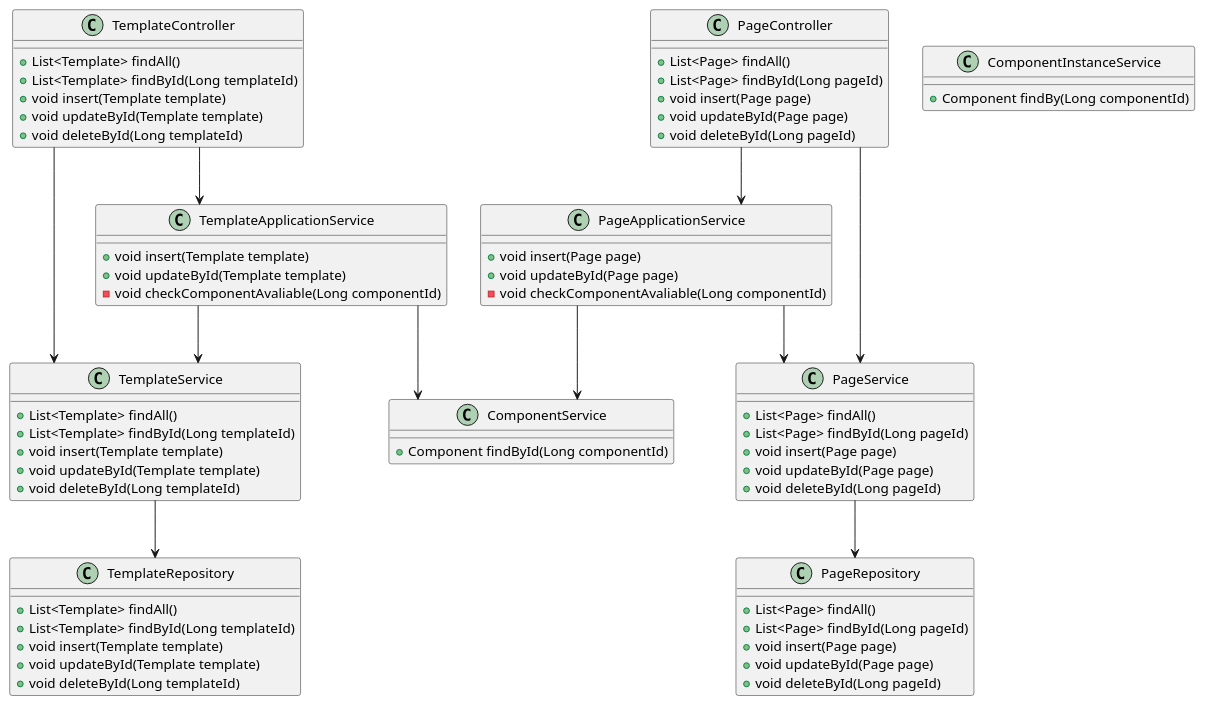
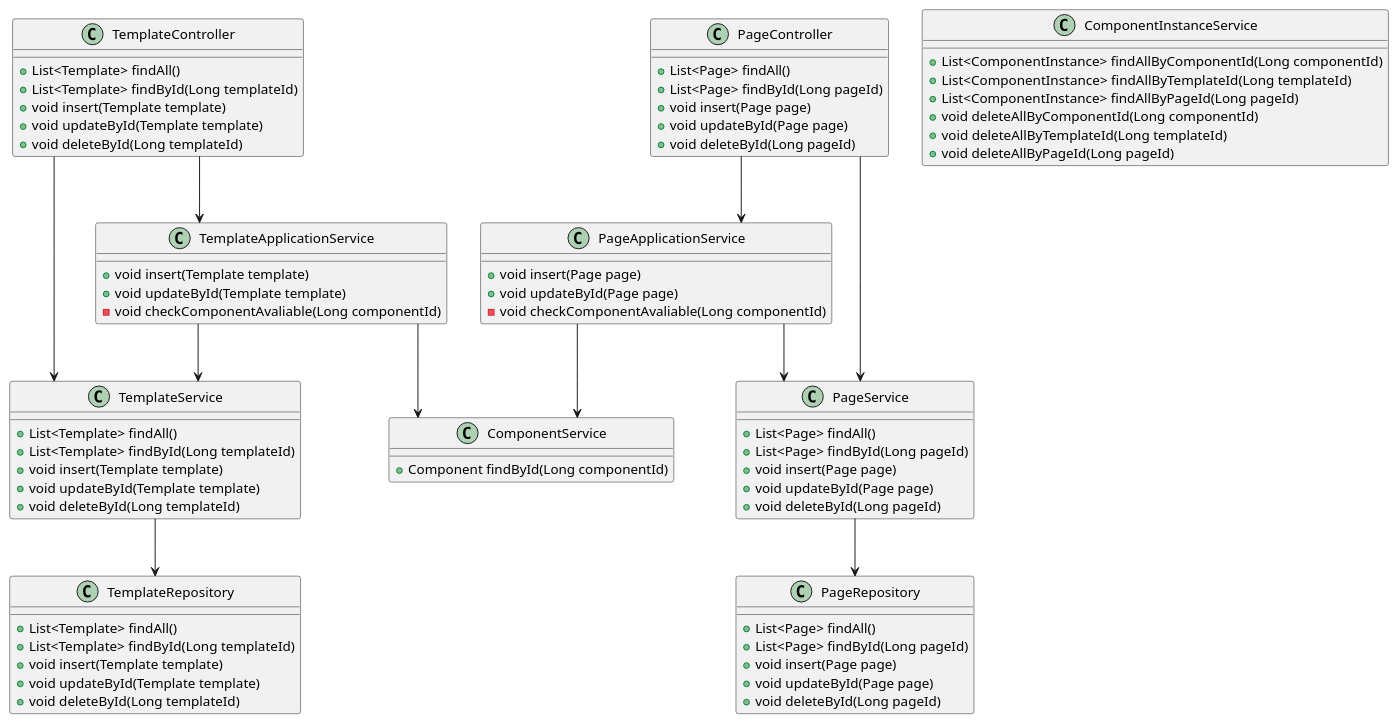
One commit to Etherealss/nowander changed the diagram in docs/uml/模板与页面模块/模板类图.puml. Above: the diagram before and after it, drawn with PlantUML. The commit also changed 194 other files, not shown here.

```diff
--- a/docs/uml/模板与页面模块/模板类图.puml
+++ b/docs/uml/模板与页面模块/模板类图.puml
@@ -1,74 +1,79 @@
 @startuml
 skinparam linetype ortho
 class TemplateController {
     + List<Template> findAll()
     + List<Template> findById(Long templateId)
     + void insert(Template template)
     + void updateById(Template template)
     + void deleteById(Long templateId)
 }
 class TemplateApplicationService {
     + void insert(Template template)
     + void updateById(Template template)
     - void checkComponentAvaliable(Long componentId)
 }
 class TemplateService {
     + List<Template> findAll()
     + List<Template> findById(Long templateId)
     + void insert(Template template)
     + void updateById(Template template)
     + void deleteById(Long templateId)
 }
 class TemplateRepository {
     + List<Template> findAll()
     + List<Template> findById(Long templateId)
     + void insert(Template template)
     + void updateById(Template template)
     + void deleteById(Long templateId)
 }
 TemplateController --> TemplateApplicationService
 TemplateApplicationService --> TemplateService
 TemplateController --> TemplateService
 TemplateService --> TemplateRepository
 
 class PageController {
     + List<Page> findAll()
     + List<Page> findById(Long pageId)
     + void insert(Page page)
     + void updateById(Page page)
     + void deleteById(Long pageId)
 }
 class PageApplicationService {
     + void insert(Page page)
     + void updateById(Page page)
     - void checkComponentAvaliable(Long componentId)
 }
 class PageService {
     + List<Page> findAll()
     + List<Page> findById(Long pageId)
     + void insert(Page page)
     + void updateById(Page page)
     + void deleteById(Long pageId)
 }
 class PageRepository {
     + List<Page> findAll()
     + List<Page> findById(Long pageId)
     + void insert(Page page)
     + void updateById(Page page)
     + void deleteById(Long pageId)
 }
 PageController --> PageApplicationService
 PageApplicationService --> PageService
 PageController --> PageService
 PageService --> PageRepository
 
 class ComponentService {
     + Component findById(Long componentId)
 }
 PageApplicationService --> ComponentService
 TemplateApplicationService --> ComponentService
 
 class ComponentInstanceService {
-    + Component findBy(Long componentId)
+    + List<ComponentInstance> findAllByComponentId(Long componentId)
+    + List<ComponentInstance> findAllByTemplateId(Long templateId)
+    + List<ComponentInstance> findAllByPageId(Long pageId)
+    + void deleteAllByComponentId(Long componentId)
+    + void deleteAllByTemplateId(Long templateId)
+    + void deleteAllByPageId(Long pageId)
 }
 @enduml
```
